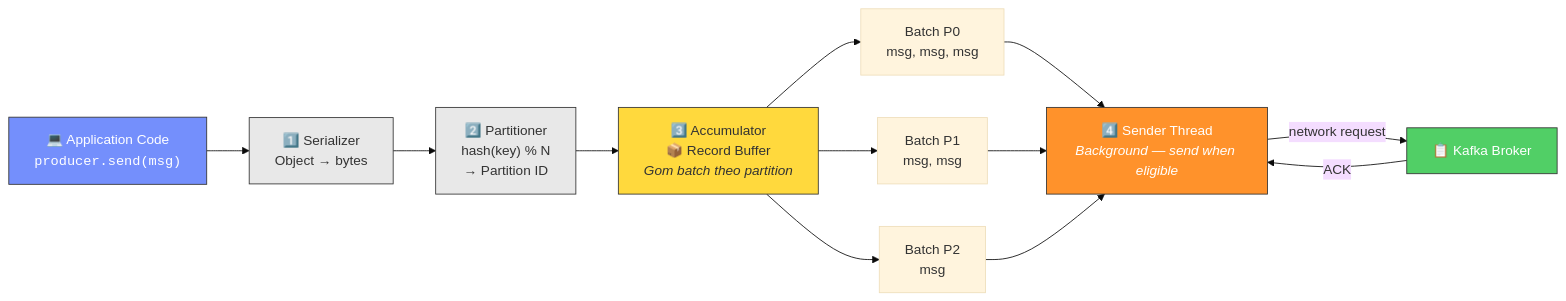
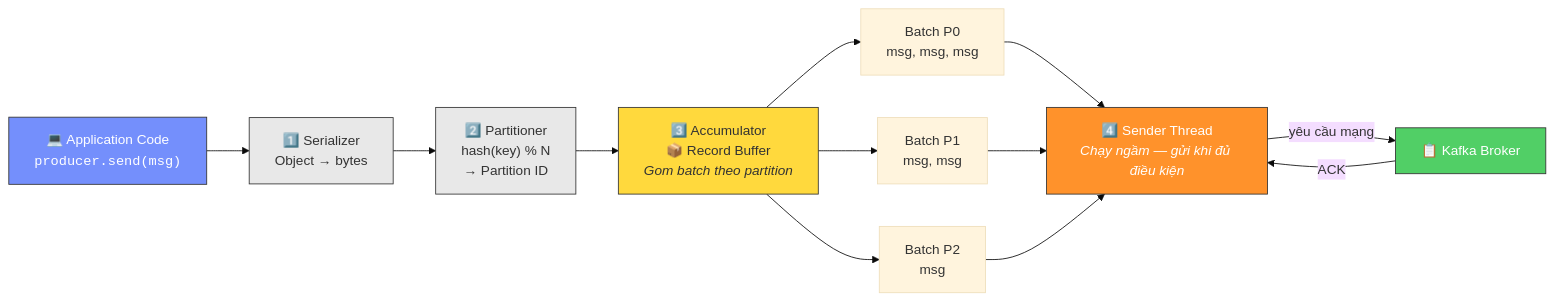
Before and after one commit to quan-vo-dinh/saas-pos-microservices-qrtable: diagram 15 of 38 in docs/guides/kafka-qrtable.md, drawn with Mermaid (base theme). The commit also changed other lines of this file and 62 other files, not shown here.

````diff
--- a/docs/guides/kafka-qrtable.md
+++ b/docs/guides/kafka-qrtable.md
@@ -691,25 +690,25 @@
 ```mermaid
 graph LR
     CODE["💻 Application Code<br/><code>producer.send(msg)</code>"] --> SERIAL["1️⃣ Serializer<br/>Object → bytes"]
     SERIAL --> PART["2️⃣ Partitioner<br/>hash(key) % N<br/>→ Partition ID"]
     PART --> BUFFER["3️⃣ Accumulator<br/>📦 Record Buffer<br/><i>Gom batch theo partition</i>"]
 
     BUFFER --> BATCH0["Batch P0<br/>msg, msg, msg"]
     BUFFER --> BATCH1["Batch P1<br/>msg, msg"]
     BUFFER --> BATCH2["Batch P2<br/>msg"]
 
-SENDER["4️⃣ Sender Thread<br/><i>Background — send when eligible</i>"]
+SENDER["4️⃣ Sender Thread<br/><i>Chạy ngầm — gửi khi đủ điều kiện</i>"]
     BATCH0 --> SENDER
     BATCH1 --> SENDER
     BATCH2 --> SENDER
 
-    SENDER -->|"network request"| BROKER["📋 Kafka Broker"]
+    SENDER -->|"yêu cầu mạng"| BROKER["📋 Kafka Broker"]
     BROKER -->|"ACK"| SENDER
 
     style CODE fill:#748ffc,stroke:#333,color:#fff
     style SERIAL fill:#e8e8e8,stroke:#333
     style PART fill:#e8e8e8,stroke:#333
     style BUFFER fill:#ffd93d,stroke:#333,color:#333
     style SENDER fill:#ff922b,stroke:#333,color:#fff
     style BROKER fill:#51cf66,stroke:#333,color:#fff
 ```
````
